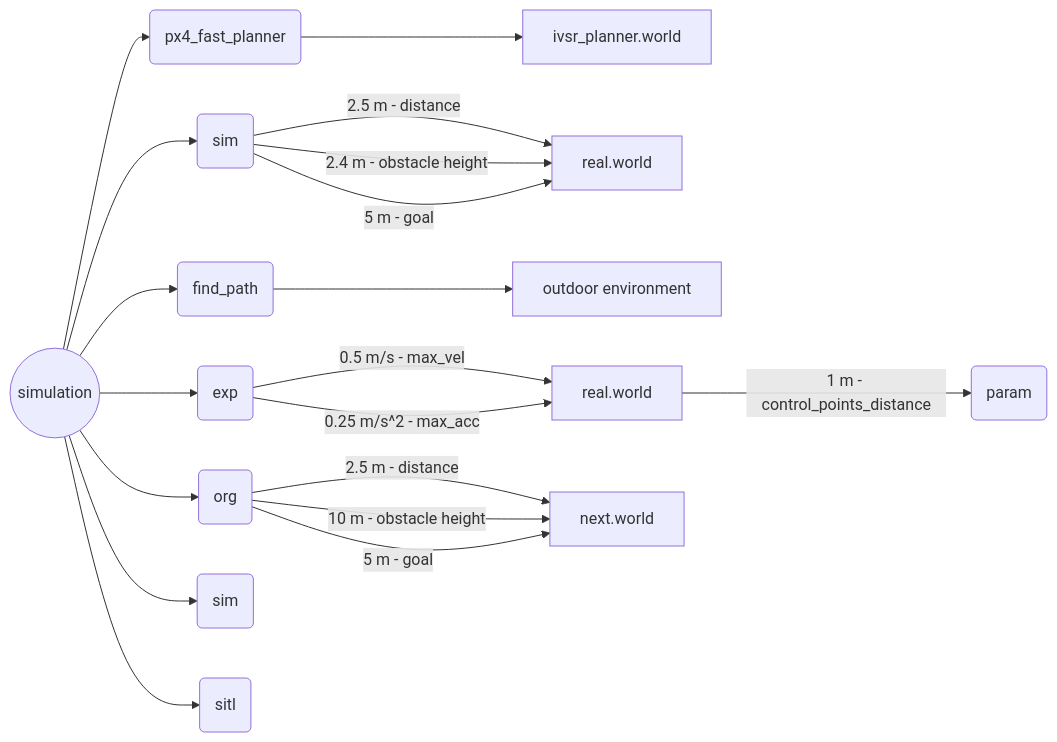
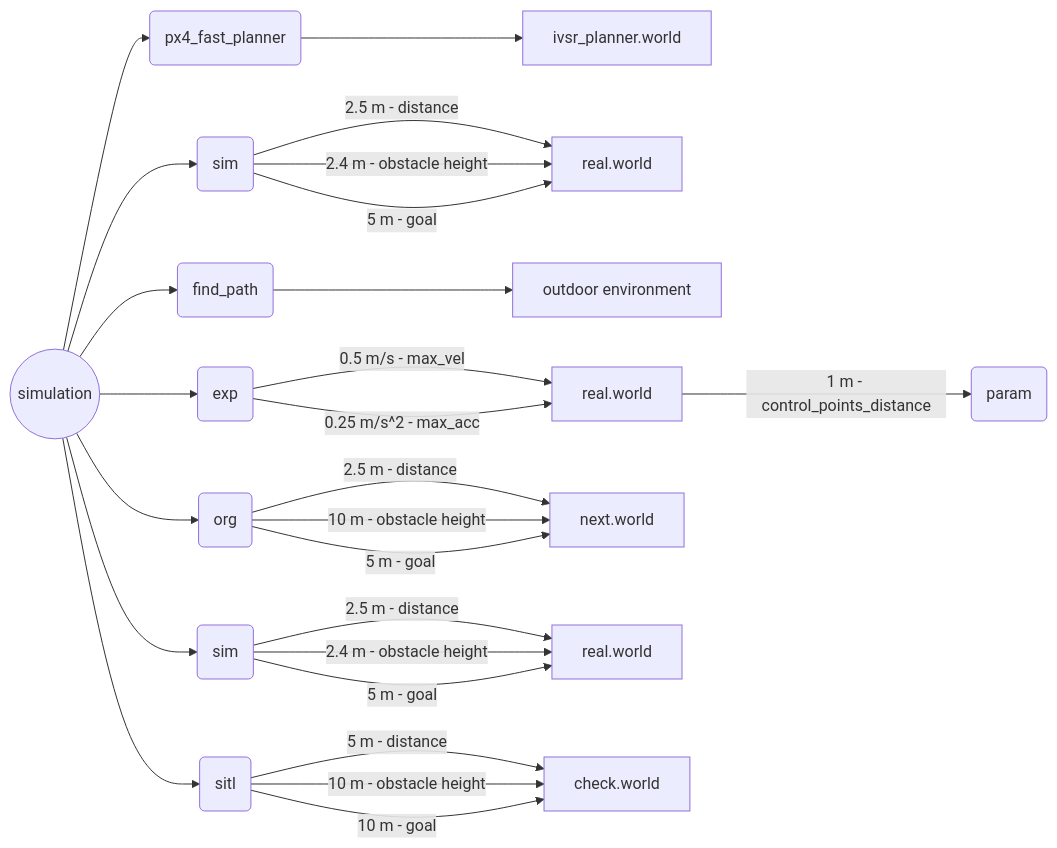
The fourth of 4 diagrams in README.md (Dieptranivsr/drone_extend), drawn with Mermaid before and after one commit.

````diff
--- a/README.md
+++ b/README.md
@@ -33,22 +33,28 @@
 ```mermaid
 flowchart LR 
 
 A((simulation)) --> B(px4_fast_planner)
 B --> C[ivsr_planner.world]
 A --> D(sim)
 D -->|2.5 m - distance| E[real.world]
 D -->|2.4 m - obstacle height| E
 D -->|5 m - goal| E
 A --> F(find_path)
 F --> G[outdoor environment]
 A --> H(exp)
 H -->|0.5 m/s - max_vel| I[real.world]
 H -->|0.25 m/s^2 - max_acc| I
 I -->|1 m - control_points_distance| II(param)
 A --> J(org)
 J -->|2.5 m - distance| K[next.world]
 J -->|10 m - obstacle height| K
 J -->|5 m - goal| K
 A --> L(sim)
+L -->|2.5 m - distance| LL[real.world]
+L -->|2.4 m - obstacle height| LL
+L -->|5 m - goal| LL
 A --> M(sitl)
+M -->|5 m - distance| MM[check.world]
+M -->|10 m - obstacle height| MM
+M -->|10 m - goal| MM
 ```
````
